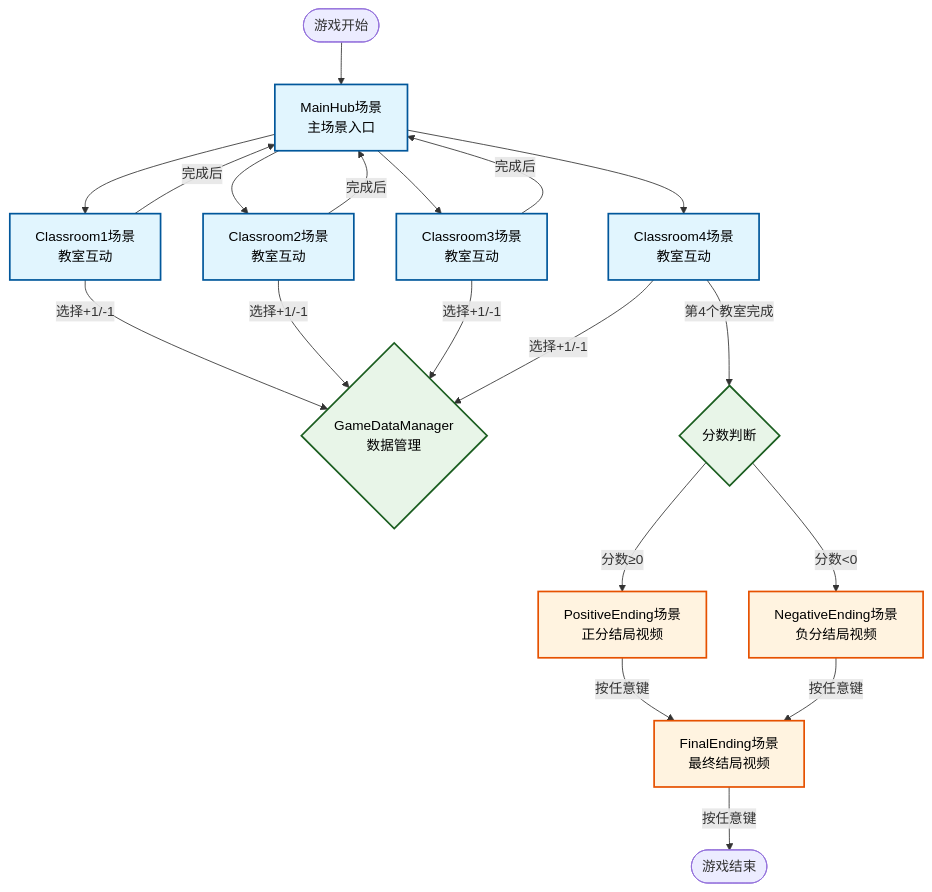
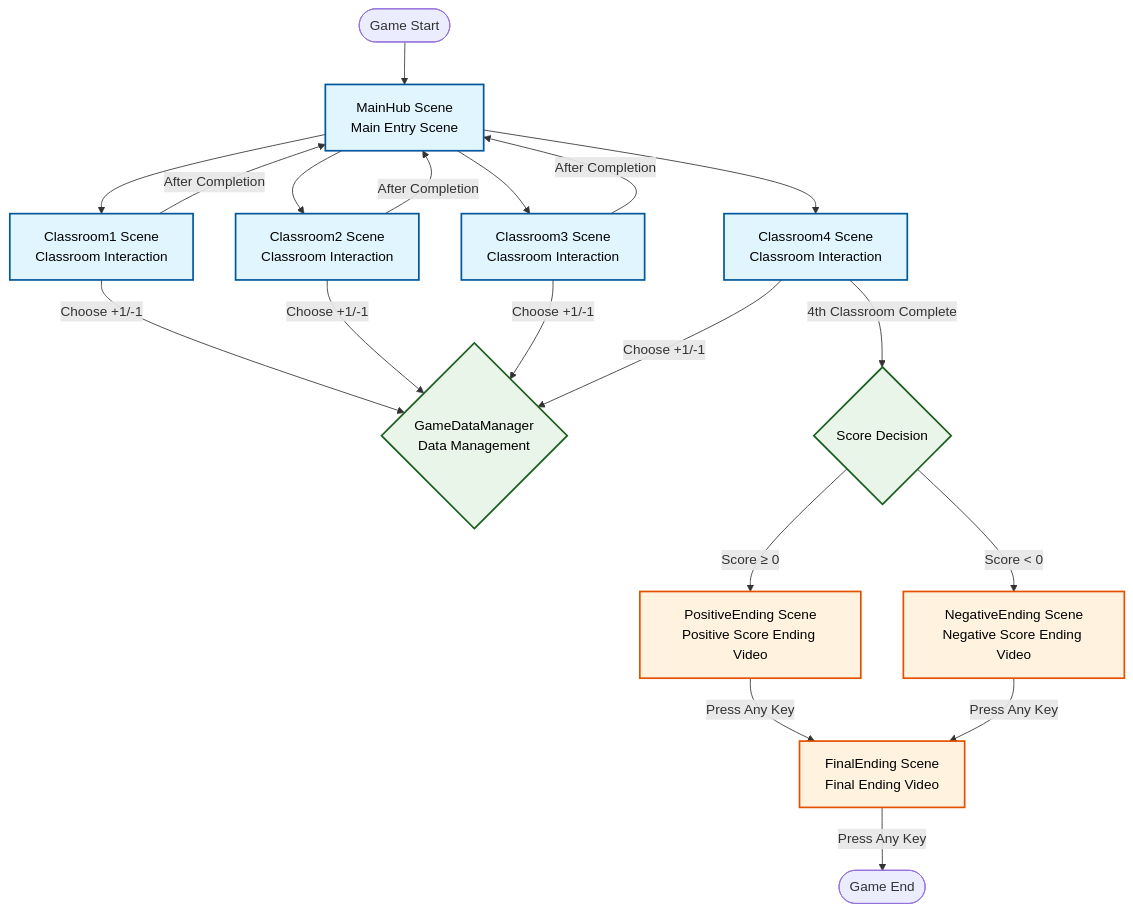
The diagram in week19.md (Binyu-Cui/LucidDream), drawn with Mermaid before and after one commit. The commit also changed other lines of this file, not shown here.

````diff
--- a/week19.md
+++ b/week19.md
@@ -7,38 +3,38 @@
 ```mermaid
 flowchart TD
-    Start([游戏开始]) --> MainHub[MainHub场景<br/>主场景入口]
+    Start([Game Start]) --> MainHub[MainHub Scene<br/>Main Entry Scene]
     
-    MainHub --> C1[Classroom1场景<br/>教室互动]
-    MainHub --> C2[Classroom2场景<br/>教室互动]
-    MainHub --> C3[Classroom3场景<br/>教室互动]
-    MainHub --> C4[Classroom4场景<br/>教室互动]
+    MainHub --> C1[Classroom1 Scene<br/>Classroom Interaction]
+    MainHub --> C2[Classroom2 Scene<br/>Classroom Interaction]
+    MainHub --> C3[Classroom3 Scene<br/>Classroom Interaction]
+    MainHub --> C4[Classroom4 Scene<br/>Classroom Interaction]
     
-    C1 --> |选择+1/-1| DataManager{GameDataManager<br/>数据管理}
-    C2 --> |选择+1/-1| DataManager
-    C3 --> |选择+1/-1| DataManager
-    C4 --> |选择+1/-1| DataManager
+    C1 --> |Choose +1/-1| DataManager{GameDataManager<br/>Data Management}
+    C2 --> |Choose +1/-1| DataManager
+    C3 --> |Choose +1/-1| DataManager
+    C4 --> |Choose +1/-1| DataManager
     
-    C1 --> |完成后| MainHub
-    C2 --> |完成后| MainHub
-    C3 --> |完成后| MainHub
+    C1 --> |After Completion| MainHub
+    C2 --> |After Completion| MainHub
+    C3 --> |After Completion| MainHub
     
-    C4 --> |第4个教室完成| Decision{分数判断}
+    C4 --> |4th Classroom Complete| Decision{Score Decision}
     
-    Decision --> |分数≥0| PositiveEnding[PositiveEnding场景<br/>正分结局视频]
-    Decision --> |分数<0| NegativeEnding[NegativeEnding场景<br/>负分结局视频]
+    Decision --> |Score ≥ 0| PositiveEnding[PositiveEnding Scene<br/>Positive Score Ending Video]
+    Decision --> |Score < 0| NegativeEnding[NegativeEnding Scene<br/>Negative Score Ending Video]
     
-    PositiveEnding --> |按任意键| FinalEnding[FinalEnding场景<br/>最终结局视频]
-    NegativeEnding --> |按任意键| FinalEnding
+    PositiveEnding --> |Press Any Key| FinalEnding[FinalEnding Scene<br/>Final Ending Video]
+    NegativeEnding --> |Press Any Key| FinalEnding
     
-    FinalEnding --> |按任意键| GameEnd([游戏结束])
+    FinalEnding --> |Press Any Key| GameEnd([Game End])
     
-    %% 样式定义
+    %% Style definitions
     classDef sceneBox fill:#e1f5fe,stroke:#01579b,stroke-width:2px,color:#000
     classDef scriptBox fill:#f3e5f5,stroke:#4a148c,stroke-width:2px,color:#000
     classDef dataBox fill:#e8f5e8,stroke:#1b5e20,stroke-width:2px,color:#000
     classDef videoBox fill:#fff3e0,stroke:#e65100,stroke-width:2px,color:#000
     
     class MainHub,C1,C2,C3,C4 sceneBox
     class PositiveEnding,NegativeEnding,FinalEnding videoBox
     class DataManager,Decision dataBox
 ```
````
